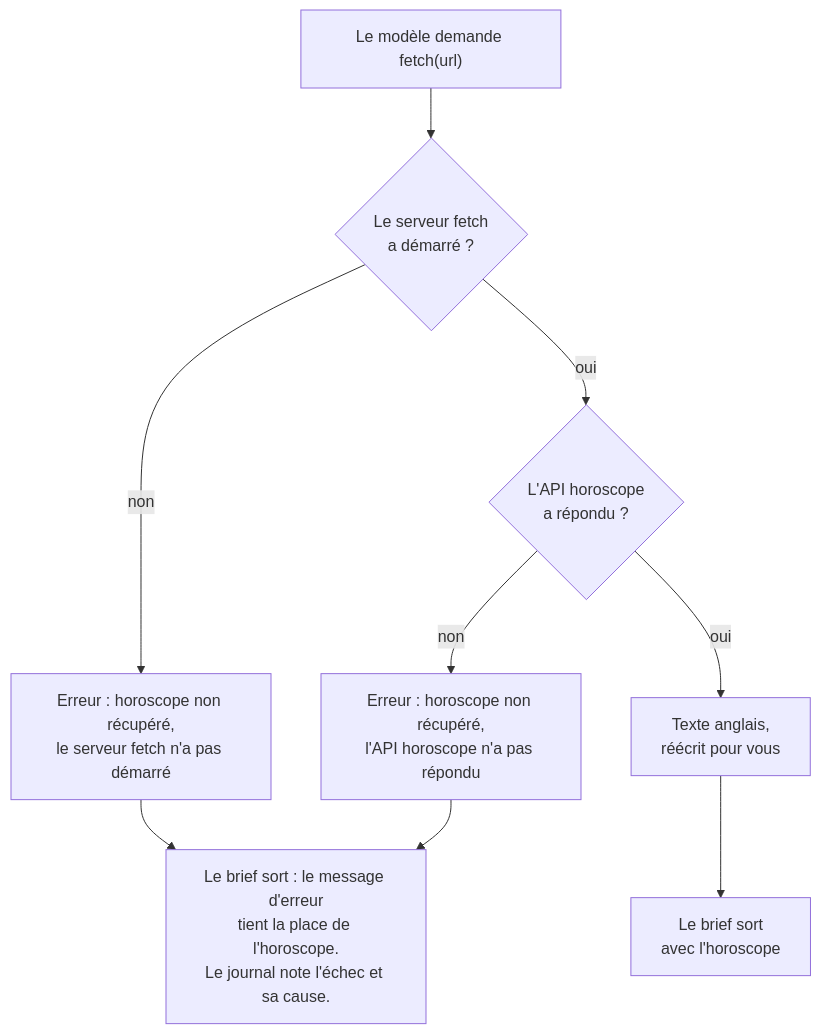
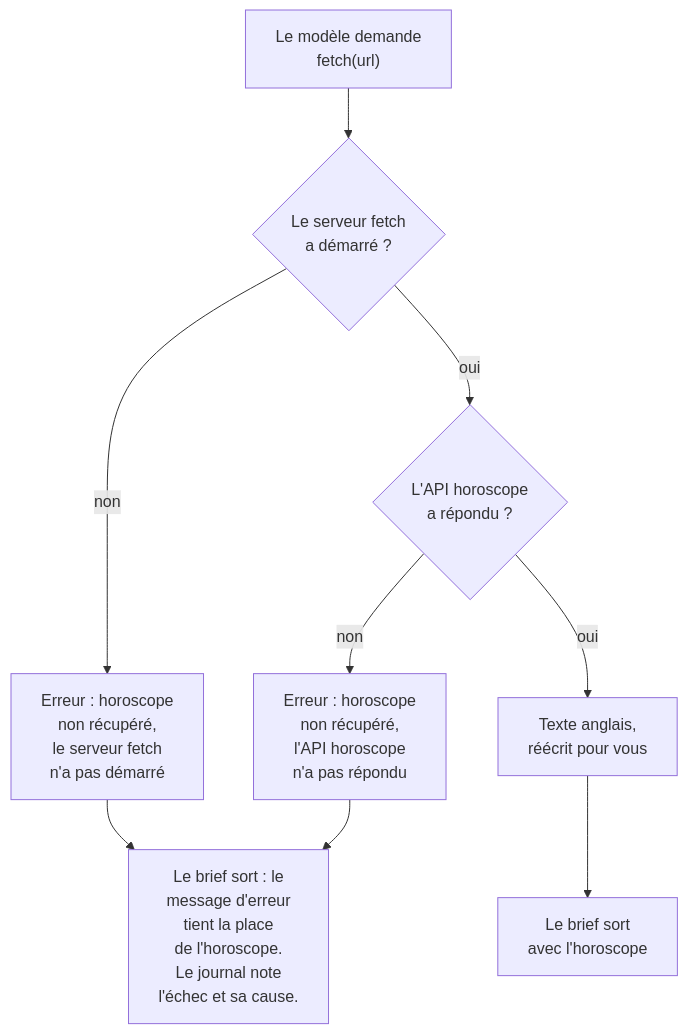
Before and after one commit to lecinquiemejour-code/goodvibe-tuto: diagram 27 of 42 in tuto-goodvibe-vibecoding.md, drawn with Mermaid. The commit also changed other lines of this file and 1 other file, not shown here.

First line of the commit message:
fix(tuto, readme): lignes des boîtes redécoupées dans tous les diagrammes, pour ne plus être coupées sur GitHub

````diff
--- a/tuto-goodvibe-vibecoding.md
+++ b/tuto-goodvibe-vibecoding.md
@@ -1277,10 +1277,10 @@
 ```mermaid
 flowchart TD
-    D["Le modèle demande fetch(url)"] --> Q1{"Le serveur fetch<br/>a démarré ?"}
-    Q1 -- "non" --> E1["Erreur : horoscope non récupéré,<br/>le serveur fetch n'a pas démarré"]
+    D["Le modèle demande<br/>fetch(url)"] --> Q1{"Le serveur fetch<br/>a démarré ?"}
+    Q1 -- "non" --> E1["Erreur : horoscope<br/>non récupéré,<br/>le serveur fetch<br/>n'a pas démarré"]
     Q1 -- "oui" --> Q2{"L'API horoscope<br/>a répondu ?"}
-    Q2 -- "non" --> E2["Erreur : horoscope non récupéré,<br/>l'API horoscope n'a pas répondu"]
+    Q2 -- "non" --> E2["Erreur : horoscope<br/>non récupéré,<br/>l'API horoscope<br/>n'a pas répondu"]
     Q2 -- "oui" --> OK["Texte anglais,<br/>réécrit pour vous"]
     OK --> B1["Le brief sort<br/>avec l'horoscope"]
-    E1 & E2 --> B2["Le brief sort : le message d'erreur<br/>tient la place de l'horoscope.<br/>Le journal note l'échec et sa cause."]
+    E1 & E2 --> B2["Le brief sort : le<br/>message d'erreur<br/>tient la place<br/>de l'horoscope.<br/>Le journal note<br/>l'échec et sa cause."]
 ```
````
